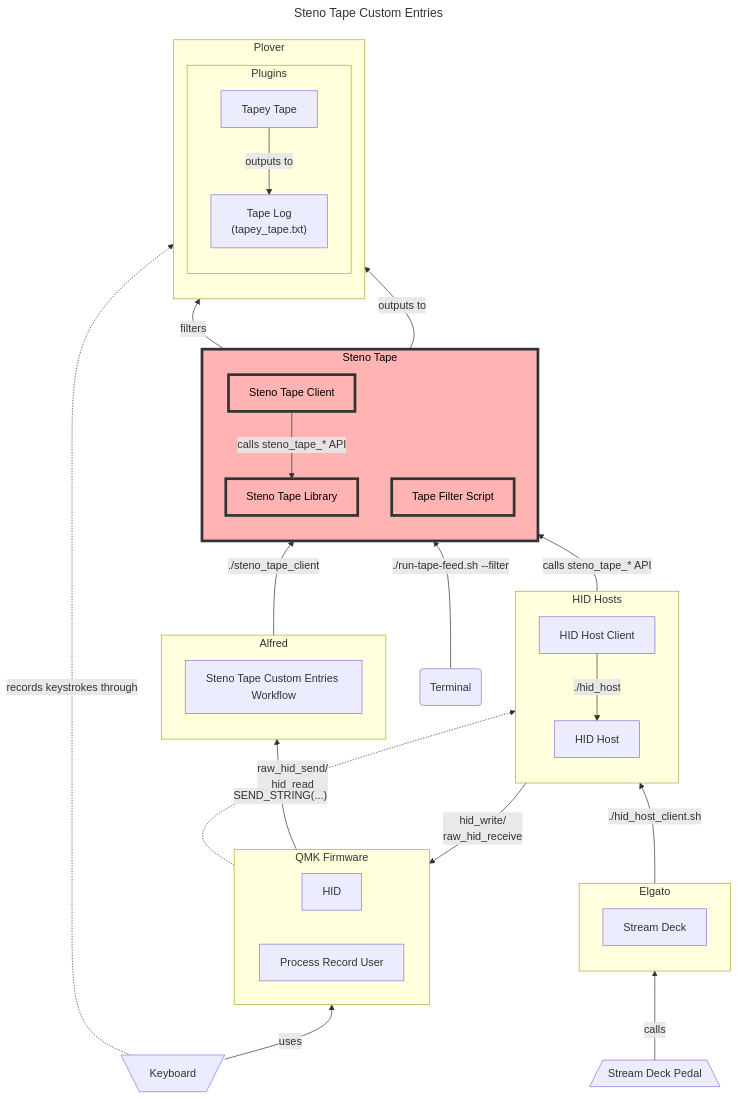
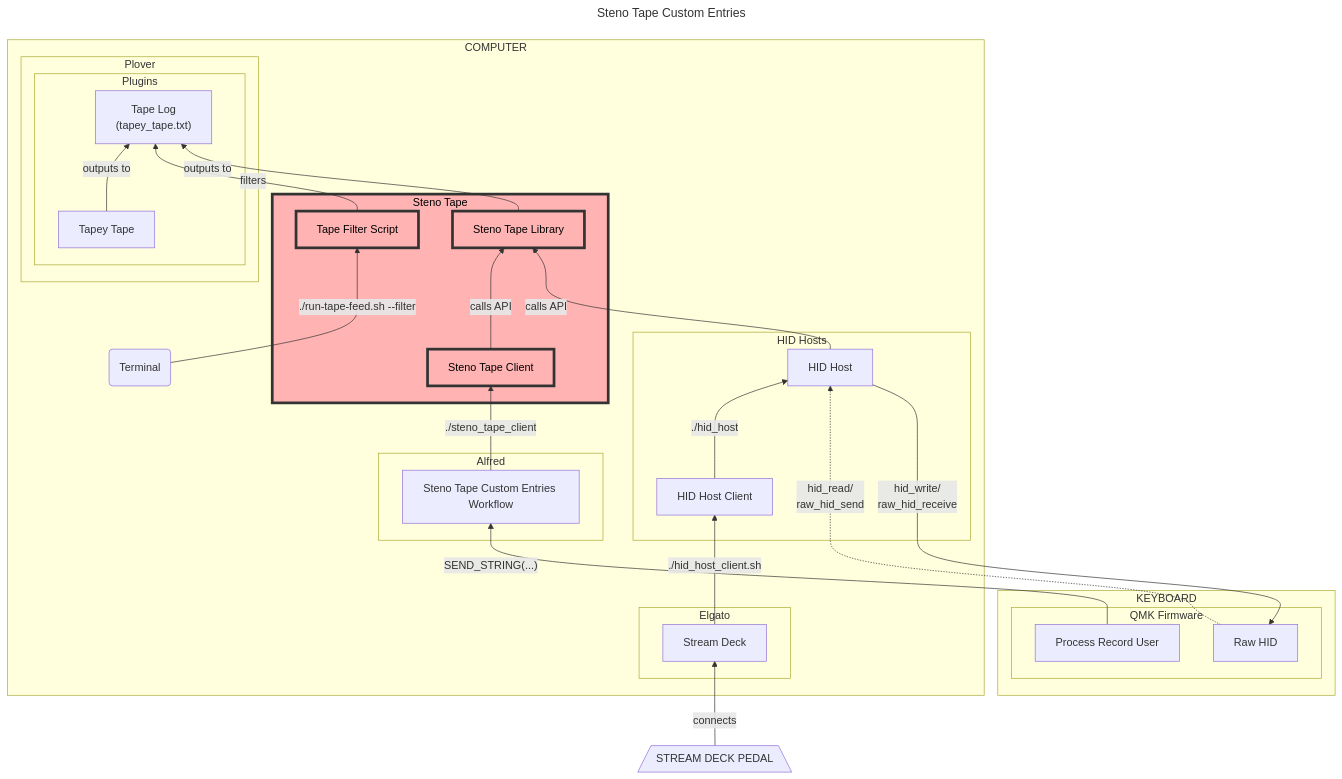
One commit to paulfioravanti/steno_tape changed the diagram in README.md. Above: the diagram before and after it, drawn with Mermaid.

Commit message:
Update diagram

```diff
--- a/README.md
+++ b/README.md
@@ -166,8 +166,7 @@
 title: Steno Tape Custom Entries
 ---
 flowchart BT
-  FirmwareHID["HID"]
-  Keyboard[\"Keyboard"/]
+  FirmwareRawHID["Raw HID"]
   FirmwareProcessRecordUser["Process Record User"]
   HIDHost["HID Host"]
   HIDHostClient["HID Host Client"]
@@ -175,66 +174,64 @@
   StenoTapeClient["Steno Tape Client"]
   StenoTapeCustomEntriesWorkflow["Steno Tape Custom Entries Workflow"]
   StreamDeck["Stream Deck"]
-  StreamDeckPedal[/"Stream Deck Pedal"\]
+  StreamDeckPedal[/"STREAM DECK PEDAL"\]
   TapeyTape[Tapey Tape]
   TapeLogFile["Tape Log\n(tapey_tape.txt)"]
   TapeFilterScript["Tape Filter Script"]
 
   classDef current fill:#ffb3b3, stroke:#333, stroke-width:4px, color:black
 
-  subgraph Alfred
-    direction TB
-    StenoTapeCustomEntriesWorkflow
+  subgraph Computer["COMPUTER"]
+    subgraph Alfred["Alfred"]
+      StenoTapeCustomEntriesWorkflow
+    end
+
+    subgraph Elgato["Elgato"]
+      StreamDeck
+    end
+
+    subgraph HIDHosts["HID Hosts"]
+      HIDHost
+      HIDHostClient -- "`./hid_host`" --> HIDHost
+    end
+
+    subgraph Plover["Plover"]
+      subgraph Plugins
+        TapeLogFile
+        TapeyTape -- outputs to --> TapeLogFile
+      end
+    end
+
+    subgraph StenoTape["Steno Tape"]
+      StenoTapeLibrary:::current
+      StenoTapeClient:::current -- "calls API" --> StenoTapeLibrary
+      TapeFilterScript:::current
+    end
+    class StenoTape current
+
+    Terminal(Terminal)
   end
 
-  subgraph Elgato
-    direction TB
-    StreamDeck
-  end
-
-  subgraph HIDHosts["HID Hosts"]
-    direction TB
-    HIDHost
-    HIDHostClient -- "`./hid_host`" --> HIDHost
-  end
-
-  subgraph QMKFirmware["QMK Firmware"]
-    direction LR
-    FirmwareHID
-    FirmwareProcessRecordUser
-  end
-
-  subgraph Plover
-    direction TB
-    subgraph Plugins
-      TapeLogFile
-      TapeyTape -- outputs to --> TapeLogFile
+  subgraph Keyboard["KEYBOARD"]
+    subgraph QMKFirmware["QMK Firmware"]
+      FirmwareProcessRecordUser
+      FirmwareRawHID
     end
   end
 
-  subgraph StenoTape["Steno Tape"]
-    direction TB
-    StenoTapeLibrary:::current
-    StenoTapeClient:::current -- "calls steno_tape_* API" --> StenoTapeLibrary
-    TapeFilterScript:::current
-  end
-  class StenoTape current
-
-  Terminal(Terminal) -- "`./run-tape-feed.sh --filter`" --> TapeFilterScript
+  Terminal -- "`./run-tape-feed.sh --filter`" --> TapeFilterScript
   TapeFilterScript -- filters --> TapeLogFile
   StenoTapeLibrary -- outputs to --> TapeLogFile
   StenoTapeCustomEntriesWorkflow -- "`./steno_tape_client`" --> StenoTapeClient
   FirmwareProcessRecordUser -- "SEND_STRING(...)" --> StenoTapeCustomEntriesWorkflow
-  Keyboard -- uses --> QMKFirmware
-  Keyboard -. records keystrokes through .-> TapeyTape
-  HIDHost -- "calls steno_tape_* API" --> StenoTapeLibrary
-  FirmwareHID -. "raw_hid_send/\nhid_read" .-> HIDHost
-  HIDHost -- "hid_write/\nraw_hid_receive" --> FirmwareHID
+  HIDHost -- "calls API" --> StenoTapeLibrary
+  FirmwareRawHID -. "hid_read/\nraw_hid_send" .-> HIDHost
+  HIDHost -- "hid_write/\nraw_hid_receive" --> FirmwareRawHID
   StreamDeck -- "`./hid_host_client.sh`" --> HIDHostClient
-  StreamDeckPedal -- calls --> StreamDeck
+  StreamDeckPedal -- connects --> StreamDeck
 
   click Dictionaries href "https://github.com/paulfioravanti/steno-dictionaries" "Steno Dictionaries" _blank
-  click FirmwareHID href "https://github.com/paulfioravanti/qmk_keymaps/blob/master/keyboards/gboards/georgi/keymaps/paulfioravanti/user/hid.c" "Georgi HID" _blank
+  click FirmwareRawHID href "https://github.com/paulfioravanti/qmk_keymaps/blob/master/keyboards/gboards/georgi/keymaps/paulfioravanti/user/hid.c" "Georgi HID" _blank
   click FirmwareProcessRecordUser href "https://github.com/paulfioravanti/qmk_keymaps/blob/master/keyboards/gboards/georgi/keymaps/paulfioravanti/user/process_record_user.c" "Georgi Process Record User" _blank
   click HIDHost href "https://github.com/paulfioravanti/hid_hosts/blob/main/hid_host.c" "HID Host" _blank
   click HIDHostClient href "https://github.com/paulfioravanti/hid_hosts/blob/main/hid_host_client.sh" "HID Host Client" _blank
```
